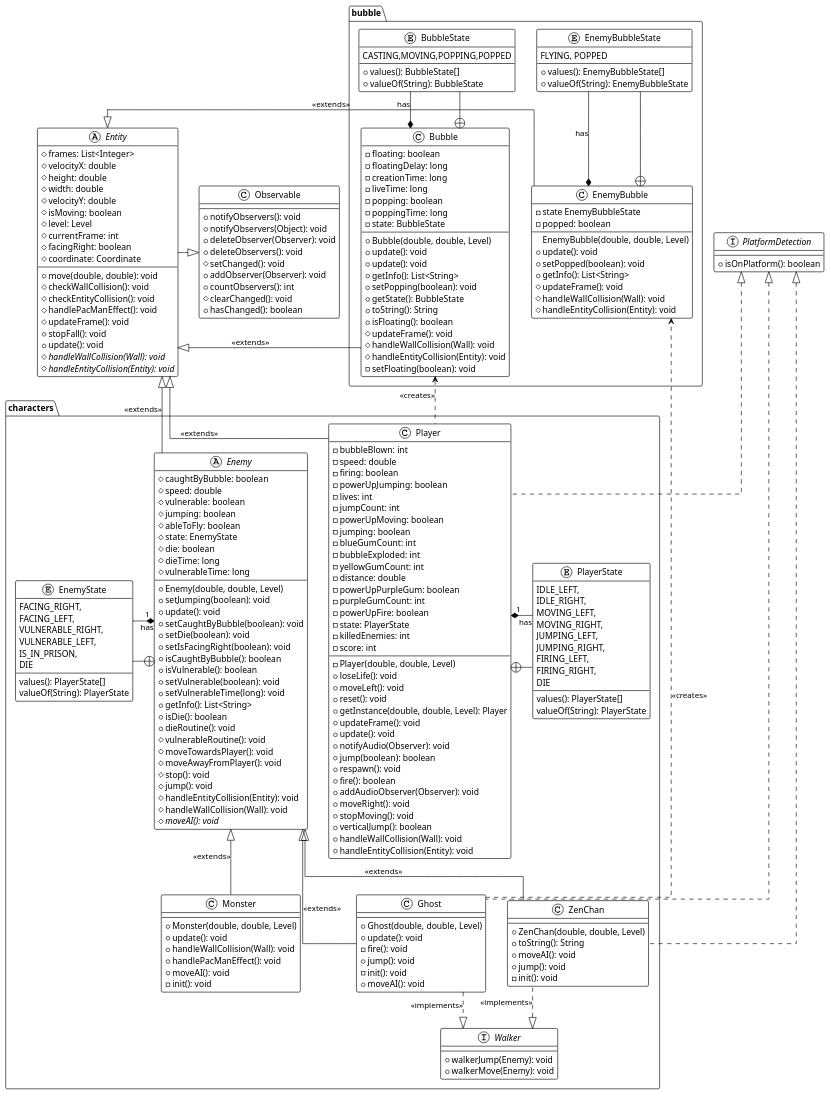
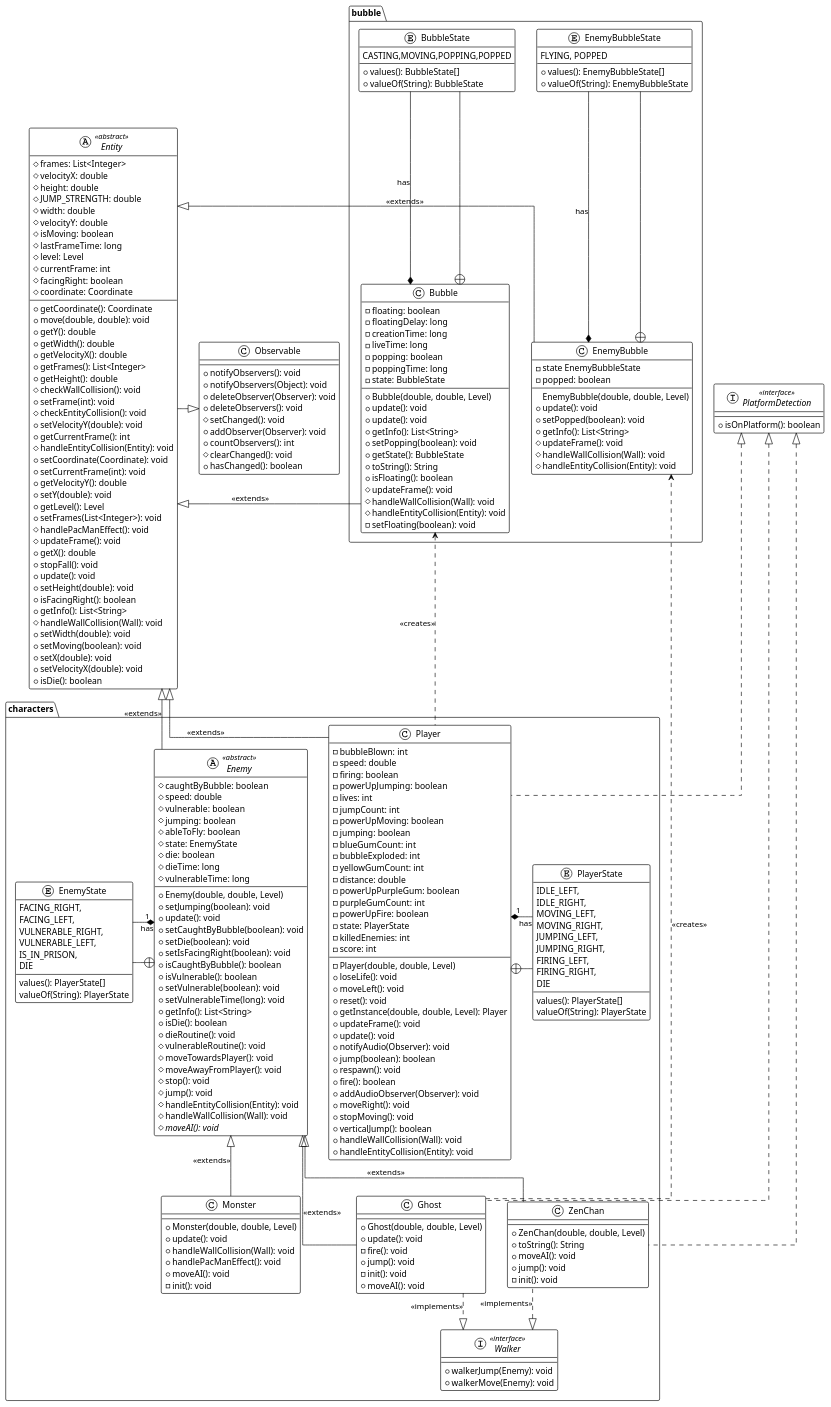
Before and after one commit to AxelRubini/JBubbleBobble: the diagram in documentation/entitypackage/charachterspackage.plantuml, drawn with PlantUML. The commit also changed 24 other files, not shown here.

Commit message:
UML and code formatting

```diff
--- a/documentation/entitypackage/charachterspackage.plantuml
+++ b/documentation/entitypackage/charachterspackage.plantuml
@@ -8,31 +8,56 @@
     ArrowColor Black
     BorderColor Black
 }
-interface PlatformDetection {
+interface PlatformDetection <<interface>> {
     + isOnPlatform(): boolean
 }
-abstract class Entity {
-  # frames: List<Integer>
-  # velocityX: double
-  # height: double
-  # width: double
-  # velocityY: double
-  # isMoving: boolean
-  # level: Level
-  # currentFrame: int
-  # facingRight: boolean
-  # coordinate: Coordinate
-  + move(double, double): void
-  # checkWallCollision(): void
-  # checkEntityCollision(): void
-  # handlePacManEffect(): void
-  # updateFrame(): void
-  + stopFall(): void
-  + update(): void
-  # {abstract}handleWallCollision(Wall): void
-  # {abstract}handleEntityCollision(Entity): void
-
-}
+    abstract class  Entity <<abstract>> {
+      # frames: List<Integer>
+      # velocityX: double
+      # height: double
+      # JUMP_STRENGTH: double
+      # width: double
+      # velocityY: double
+      # isMoving: boolean
+      # lastFrameTime: long
+      # level: Level
+      # currentFrame: int
+      # facingRight: boolean
+      # coordinate: Coordinate
+      + getCoordinate(): Coordinate
+      + move(double, double): void
+      + getY(): double
+      + getWidth(): double
+      + getVelocityX(): double
+      + getFrames(): List<Integer>
+      + getHeight(): double
+      # checkWallCollision(): void
+      + setFrame(int): void
+      # checkEntityCollision(): void
+      + setVelocityY(double): void
+      + getCurrentFrame(): int
+      # handleEntityCollision(Entity): void
+      + setCoordinate(Coordinate): void
+      + setCurrentFrame(int): void
+      + getVelocityY(): double
+      + setY(double): void
+      + getLevel(): Level
+      + setFrames(List<Integer>): void
+      # handlePacManEffect(): void
+      # updateFrame(): void
+      + getX(): double
+      + stopFall(): void
+      + update(): void
+      + setHeight(double): void
+      + isFacingRight(): boolean
+      + getInfo(): List<String>
+      # handleWallCollision(Wall): void
+      + setWidth(double): void
+      + setMoving(boolean): void
+      + setX(double): void
+      + setVelocityX(double): void
+      + isDie(): boolean
+    }
 class Observable {
   + notifyObservers(): void
   + notifyObservers(Object): void
@@ -47,7 +72,7 @@
 
 package characters {
 
-    abstract class Enemy {
+    abstract class Enemy <<abstract>> {
         #caughtByBubble: boolean
         #speed: double
         #vulnerable: boolean
@@ -144,7 +169,7 @@
         - init(): void
     }
 
-    interface Walker {
+    interface Walker <<interface>> {
         + walkerJump(Enemy): void
         + walkerMove(Enemy): void
     }
```
